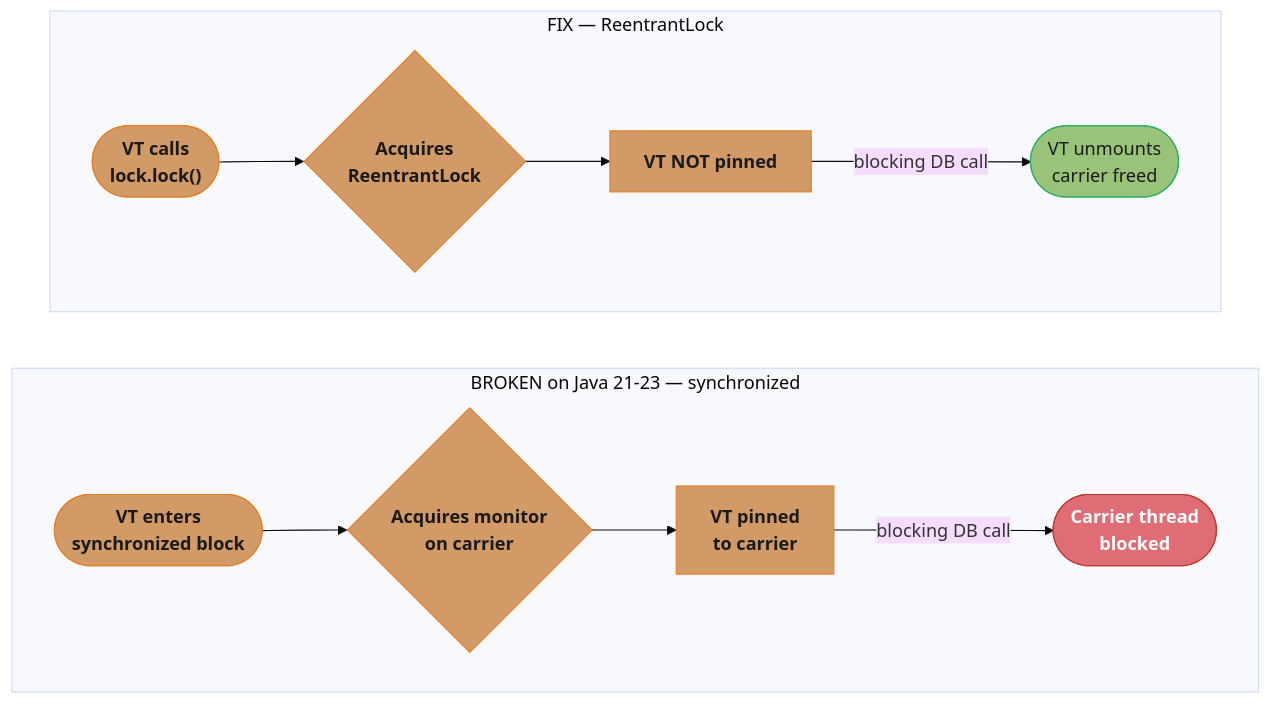
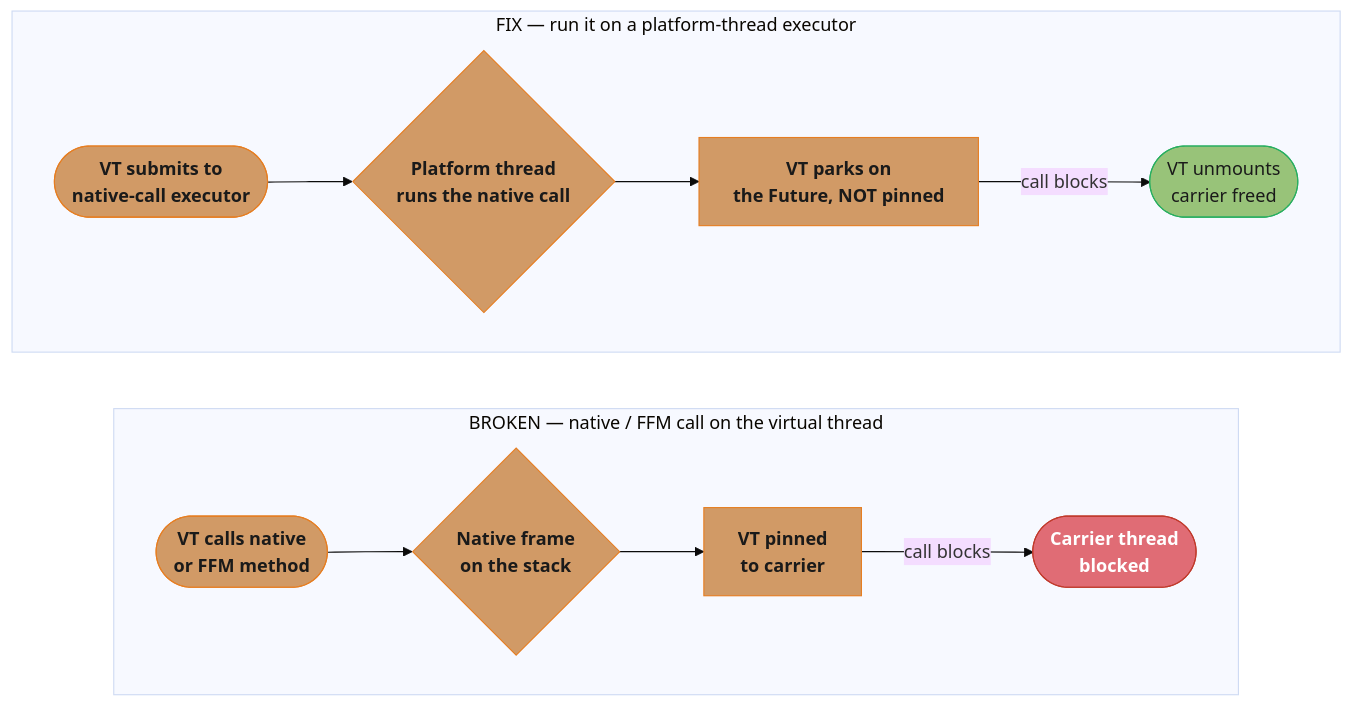
The fourth of 5 diagrams in src/main/java/com/rutik/systemdesign/backend/async_and_concurrency_patterns/README.md (rppol/system-design), drawn with Mermaid (base theme) before and after one commit. The commit also changed other lines of this file and 6 other files, not shown here.

````diff
--- a/src/main/java/com/rutik/systemdesign/backend/async_and_concurrency_patterns/README.md
+++ b/src/main/java/com/rutik/systemdesign/backend/async_and_concurrency_patterns/README.md
@@ -286,29 +286,29 @@
 ```mermaid
 flowchart LR
     classDef io      fill:#61afef,stroke:#2e86c1,color:#1a1a1a,font-weight:bold
     classDef frozen  fill:#c678dd,stroke:#9b59b6,color:#fff
     classDef train   fill:#98c379,stroke:#27ae60,color:#1a1a1a
     classDef mathOp  fill:#d19a66,stroke:#e67e22,color:#1a1a1a,font-weight:bold
     classDef lossN   fill:#e06c75,stroke:#c0392b,color:#fff,font-weight:bold
     classDef req     fill:#56b6c2,stroke:#0097a7,color:#1a1a1a
     classDef base    fill:#e5c07b,stroke:#f39c12,color:#1a1a1a
 
-    subgraph BROKEN["BROKEN on Java 21-23 — synchronized"]
+    subgraph BROKEN["BROKEN — native / FFM call on the virtual thread"]
         direction LR
-        B1(["VT enters<br/>synchronized block"]) --> B2{"Acquires monitor<br/>on carrier"}
+        B1(["VT calls native<br/>or FFM method"]) --> B2{"Native frame<br/>on the stack"}
         B2 --> B3["VT pinned<br/>to carrier"]
-        B3 -->|"blocking DB call"| B4(["Carrier thread<br/>blocked"])
+        B3 -->|"call blocks"| B4(["Carrier thread<br/>blocked"])
     end
 
-    subgraph FIXED["FIX — ReentrantLock"]
+    subgraph FIXED["FIX — run it on a platform-thread executor"]
         direction LR
-        F1(["VT calls<br/>lock.lock()"]) --> F2{"Acquires<br/>ReentrantLock"}
-        F2 --> F3["VT NOT pinned"]
-        F3 -->|"blocking DB call"| F4(["VT unmounts<br/>carrier freed"])
+        F1(["VT submits to<br/>native-call executor"]) --> F2{"Platform thread<br/>runs the native call"}
+        F2 --> F3["VT parks on<br/>the Future, NOT pinned"]
+        F3 -->|"call blocks"| F4(["VT unmounts<br/>carrier freed"])
     end
 
     class B1,B2,B3 mathOp
     class B4 lossN
     class F1,F2,F3 mathOp
     class F4 train
 ```
````
